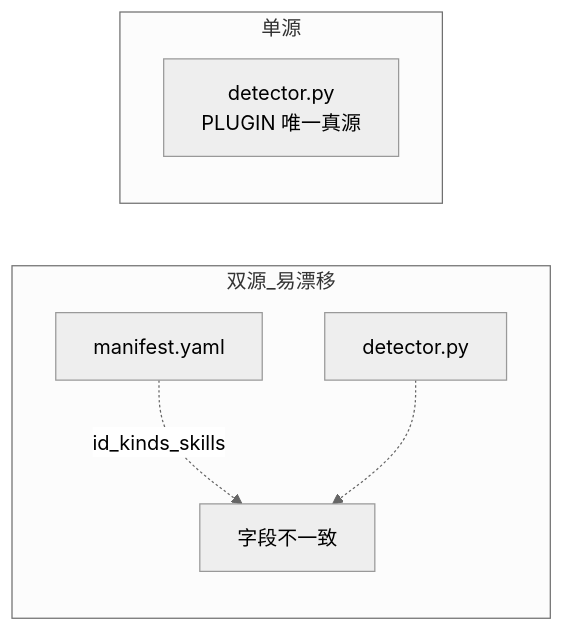
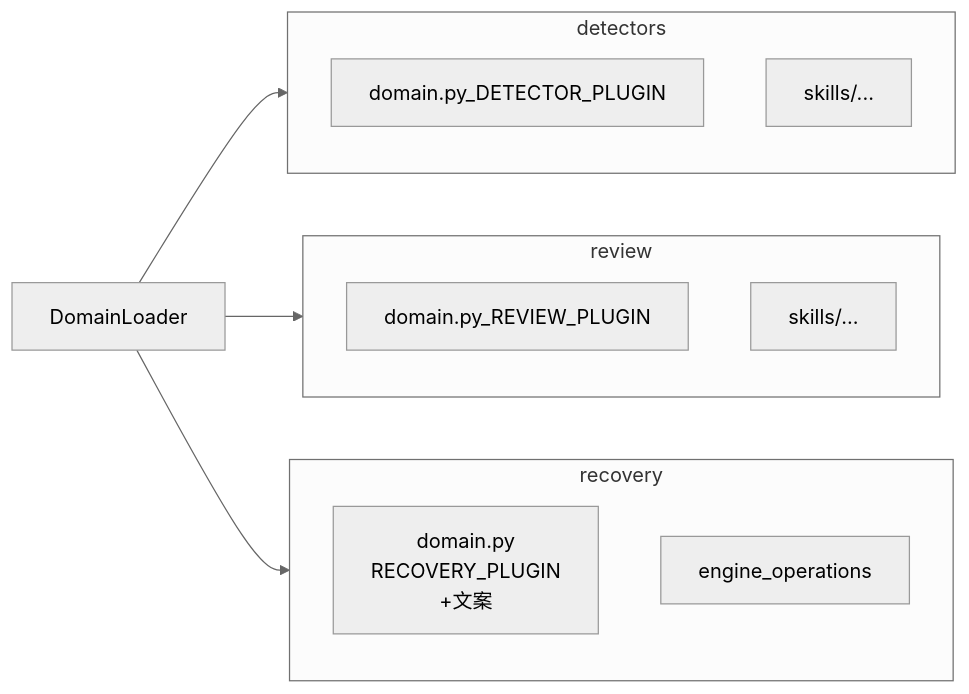
One commit to openeuler-mirror/agent-insight changed the diagram in docs/agent-ras/designs/features/fault-domain-plugins.md. Above: the diagram before and after it, drawn with Mermaid (neutral theme). The commit also changed other lines of this file and 16 other files, not shown here.

````diff
--- a/docs/agent-ras/designs/features/fault-domain-plugins.md
+++ b/docs/agent-ras/designs/features/fault-domain-plugins.md
@@ -209,12 +21,18 @@
 ```mermaid
 flowchart LR
-  subgraph bad [双源_易漂移]
-    Y[manifest.yaml]
-    P[detector.py]
-    Y -.->|id_kinds_skills| Drift[字段不一致]
-    P -.-> Drift
+  subgraph det [detectors]
+    Dm[domain.py_DETECTOR_PLUGIN]
+    Ds[skills/...]
   end
-  subgraph good [单源]
-    D["detector.py\nPLUGIN 唯一真源"]
+  subgraph rev [review]
+    Rm[domain.py_REVIEW_PLUGIN]
+    Rs[skills/...]
   end
+  subgraph rec [recovery]
+    Cm["domain.py\nRECOVERY_PLUGIN\n+文案"]
+    Eng[engine_operations]
+  end
+  Loader[DomainLoader] --> det
+  Loader --> rev
+  Loader --> rec
 ```
````
